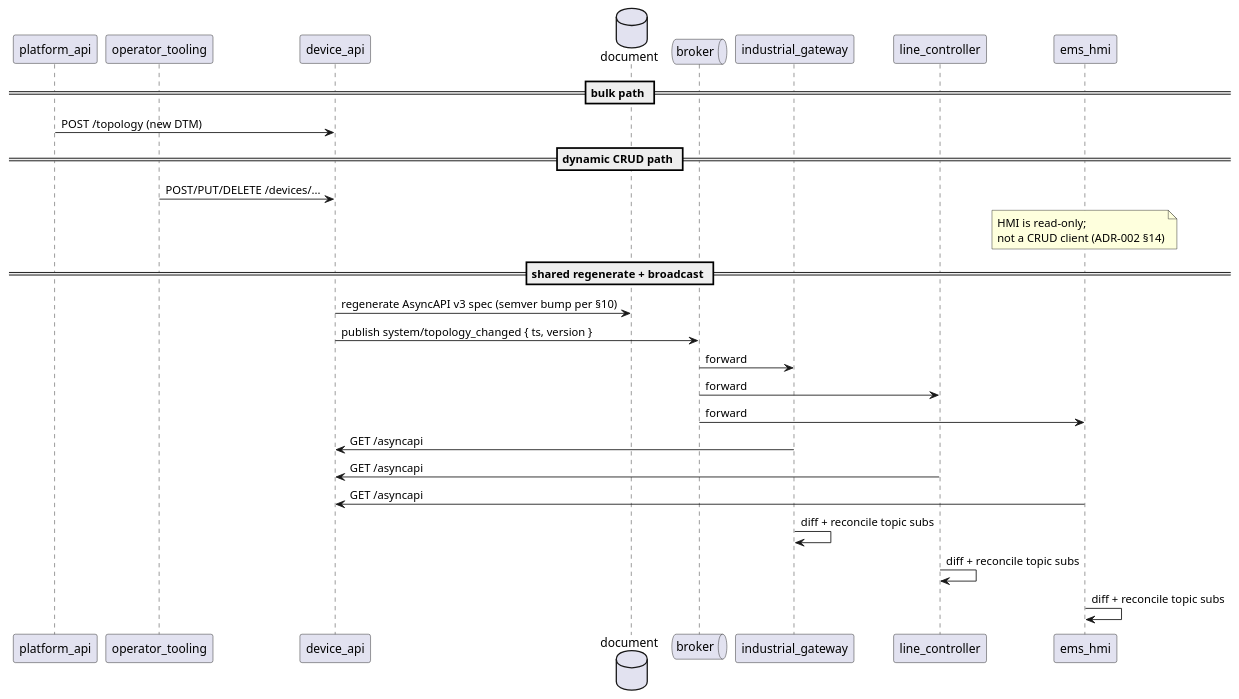
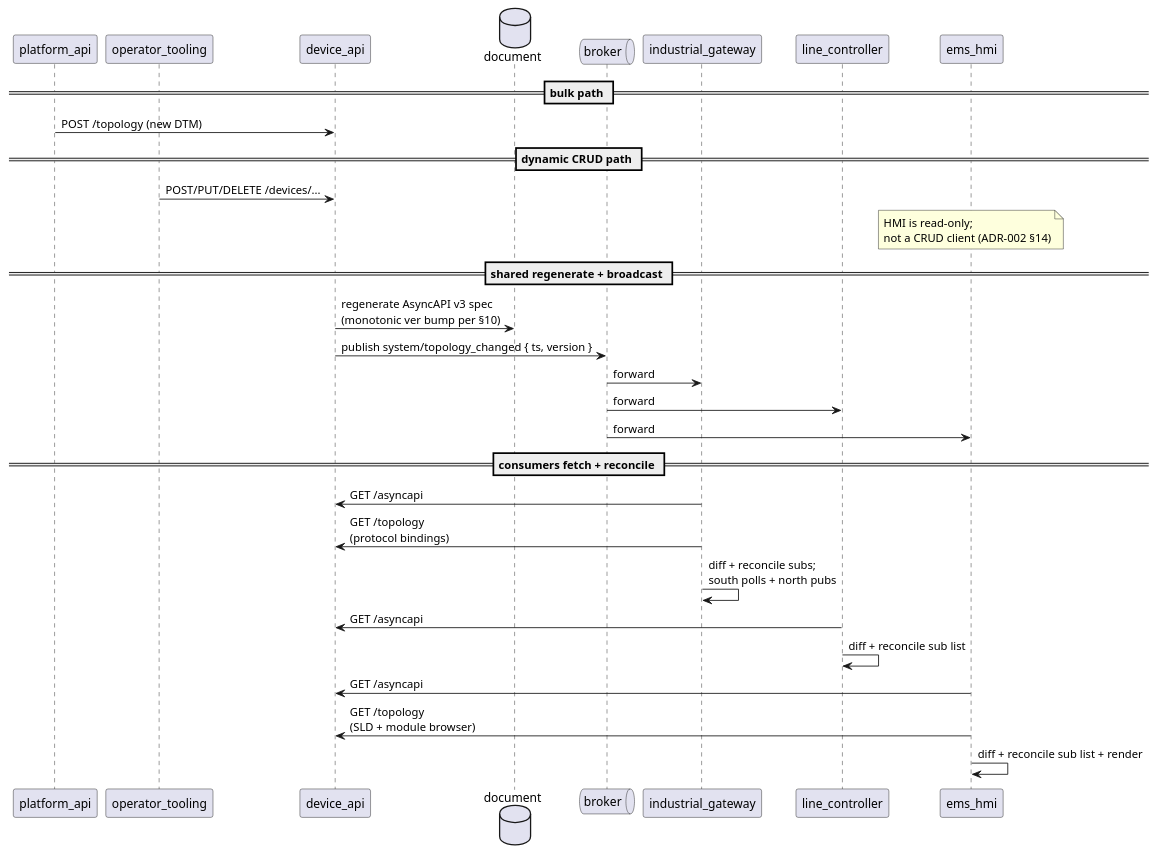
The third of 6 diagrams in readme.md (arcnode-io/ems), drawn with PlantUML before and after one commit.

Commit message:
📝 docs: topology update sequence — add consumer fetch/reconcile phase
Adds dedicated `consumers fetch + reconcile` phase; gateway and HMI now
fetch both /asyncapi and /topology (protocol bindings for gateway,
SLD for HMI). Renames "semver" → "monotonic ver bump" to match shipped
impl from PR 5 (C2).

````diff
--- a/readme.md
+++ b/readme.md
@@ -120,30 +120,36 @@
 ```plantuml
 participant platform_api
 participant operator_tooling
 participant device_api
 database document
 queue broker
 participant industrial_gateway
 participant line_controller
 participant ems_hmi
 
 == bulk path ==
 platform_api -> device_api: POST /topology (new DTM)
 
 == dynamic CRUD path ==
 operator_tooling -> device_api: POST/PUT/DELETE /devices/...
 note over ems_hmi: HMI is read-only;\nnot a CRUD client (ADR-002 §14)
 
 == shared regenerate + broadcast ==
-device_api -> document: regenerate AsyncAPI v3 spec (semver bump per §10)
+device_api -> document: regenerate AsyncAPI v3 spec\n(monotonic ver bump per §10)
 device_api -> broker: publish system/topology_changed { ts, version }
 broker -> industrial_gateway: forward
 broker -> line_controller: forward
 broker -> ems_hmi: forward
+
+== consumers fetch + reconcile ==
 industrial_gateway -> device_api: GET /asyncapi
+industrial_gateway -> device_api: GET /topology\n(protocol bindings)
+industrial_gateway -> industrial_gateway: diff + reconcile subs;\nsouth polls + north pubs
+
 line_controller -> device_api: GET /asyncapi
+line_controller -> line_controller: diff + reconcile sub list
+
 ems_hmi -> device_api: GET /asyncapi
-industrial_gateway -> industrial_gateway: diff + reconcile topic subs
-line_controller -> line_controller: diff + reconcile topic subs
-ems_hmi -> ems_hmi: diff + reconcile topic subs
+ems_hmi -> device_api: GET /topology\n(SLD + module browser)
+ems_hmi -> ems_hmi: diff + reconcile sub list + render
 ```
````
